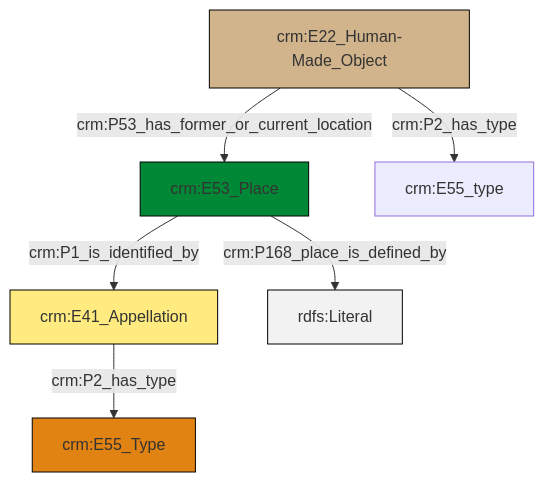
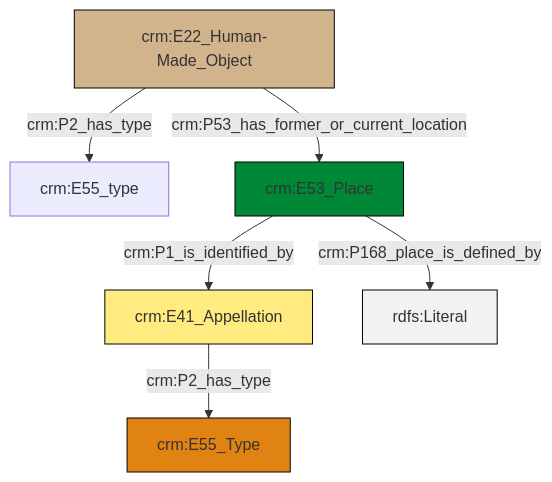
Before and after one commit to swiss-art-research-net/reference-data-models: the diagram in et/builtWorkCSV/ttl/mmd/Built_Work_location.ttl.mmd, drawn with Mermaid. The commit also changed 148 other files, not shown here.

```diff
--- a/et/builtWorkCSV/ttl/mmd/Built_Work_location.ttl.mmd
+++ b/et/builtWorkCSV/ttl/mmd/Built_Work_location.ttl.mmd
@@ -1,20 +1,20 @@
 graph TD
 classDef Literal fill:#f2f2f2,stroke:#000000;
 classDef CRM_Entity fill:#FFFFFF,stroke:#000000;
 classDef Temporal_Entity fill:#00C9E6, stroke:#000000;
 classDef Type fill:#E18312, stroke:#000000;
 classDef Time-Span fill:#2C9C91, stroke:#000000;
 classDef Appellation fill:#FFEB7F, stroke:#000000;
 classDef Place fill:#008836, stroke:#000000;
 classDef Persistent_Item fill:#B266B2, stroke:#000000;
 classDef Conceptual_Object fill:#FFD700, stroke:#000000;
 classDef Physical_Thing fill:#D2B48C, stroke:#000000;
 classDef Actor fill:#f58aad, stroke:#000000;
 classDef PC_Classes fill:#4ce600, stroke:#000000;
 classDef Multi fill:#cccccc,stroke:#000000;
 
-0["crm:E22_Human-Made_Object"]:::Physical_Thing -->|crm:P53_has_former_or_current_location| 1["crm:E53_Place"]:::Place
-3["crm:E41_Appellation"]:::Appellation -->|crm:P2_has_type| 4["crm:E55_Type"]:::Type
-0["crm:E22_Human-Made_Object"]:::Physical_Thing -->|crm:P2_has_type| 5["crm:E55_type"]:::Default
-1["crm:E53_Place"]:::Place -->|crm:P168_place_is_defined_by| 10[rdfs:Literal]:::Literal
-1["crm:E53_Place"]:::Place -->|crm:P1_is_identified_by| 3["crm:E41_Appellation"]:::Appellation
+6["crm:E53_Place"]:::Place -->|crm:P168_place_is_defined_by| 7[rdfs:Literal]:::Literal
+8["crm:E22_Human-Made_Object"]:::Physical_Thing -->|crm:P53_has_former_or_current_location| 6["crm:E53_Place"]:::Place
+2["crm:E41_Appellation"]:::Appellation -->|crm:P2_has_type| 4["crm:E55_Type"]:::Type
+8["crm:E22_Human-Made_Object"]:::Physical_Thing -->|crm:P2_has_type| 0["crm:E55_type"]:::Default
+6["crm:E53_Place"]:::Place -->|crm:P1_is_identified_by| 2["crm:E41_Appellation"]:::Appellation
```
